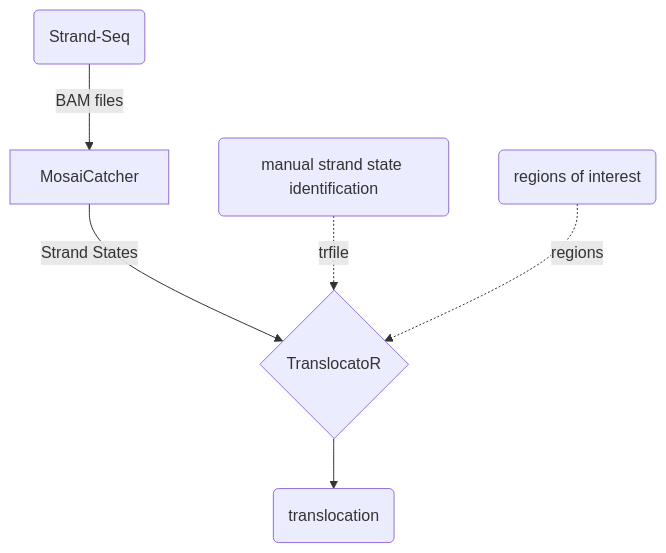
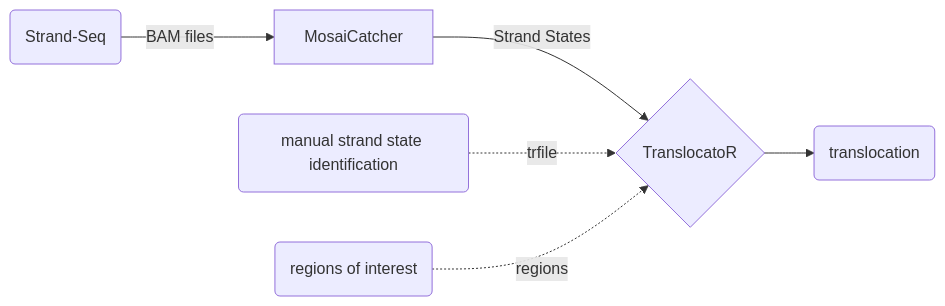
Before and after one commit to friendsofstrandseq/TranslocatoR: the diagram in README.md, drawn with Mermaid. The commit also changed other lines of this file, not shown here.

````diff
--- a/README.md
+++ b/README.md
@@ -163,14 +22,9 @@
 ```mermaid
-graph TB
+graph LR
 
 n1(Strand-Seq) -->|BAM files| n2[MosaiCatcher]
 n2 --> |Strand States| n4{TranslocatoR}
 n3(manual strand state identification)-.trfile.->  n4
 n4 -->n5(translocation)
 n6(regions of interest)-.regions.->  n4
-
-
-
-
-
-```
+``` 
````
